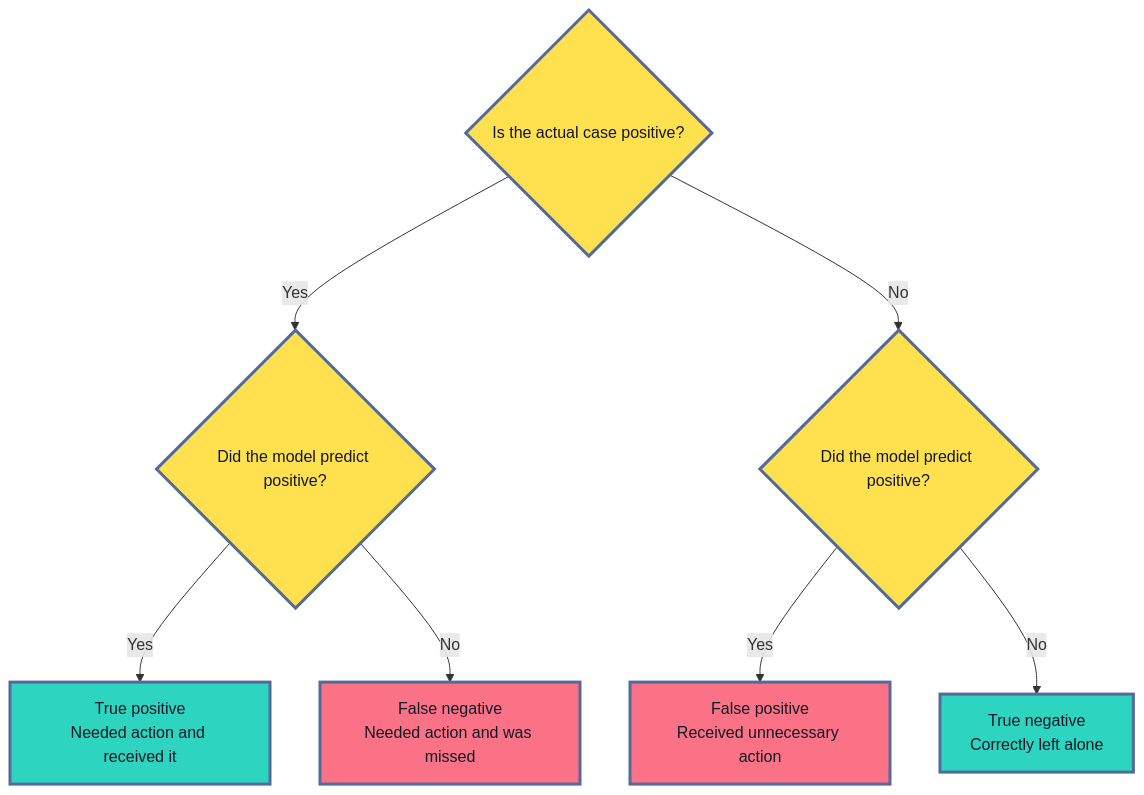
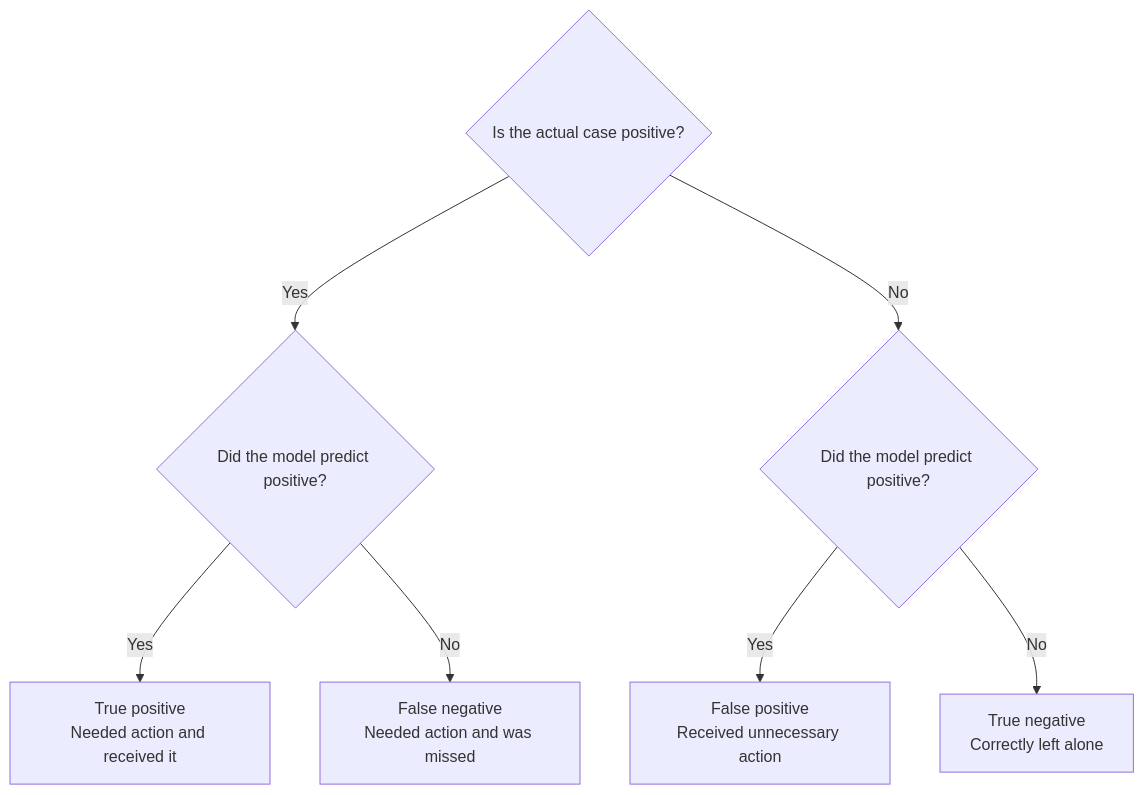
The third of 8 diagrams in roadmaps/mlops/modules/model-evaluation/offline-evaluation/02-classification-metrics.md (senlinyy/dev-roadmaps), drawn with Mermaid before and after one commit. The commit also changed other lines of this file and 152 other files, not shown here.

Commit message:
feat: mlops and diagrams updated

````diff
--- a/roadmaps/mlops/modules/model-evaluation/offline-evaluation/02-classification-metrics.md
+++ b/roadmaps/mlops/modules/model-evaluation/offline-evaluation/02-classification-metrics.md
@@ -94,14 +92,12 @@
 ```mermaid
 flowchart TD
     A{"Is the actual case positive?"}
     A -- "Yes" --> PY{"Did the model predict positive?"} -- "Yes" --> TP["True positive<br/>Needed action and received it"]
     PY -- "No" --> FN["False negative<br/>Needed action and was missed"]
     A -- "No" --> PN{"Did the model predict positive?"} -- "Yes" --> FP["False positive<br/>Received unnecessary action"]
     PN -- "No" --> TN["True negative<br/>Correctly left alone"]
-    classDef question fill:#FFE04F,stroke:#536A9A,stroke-width:3px,color:#111827
-    classDef correct fill:#2DD4BF,stroke:#536A9A,stroke-width:3px,color:#0F172A
-    classDef error fill:#FB7185,stroke:#536A9A,stroke-width:3px,color:#111827
+
     class A,PY,PN question
     class TP,TN correct
     class FP,FN error
 ```
````
